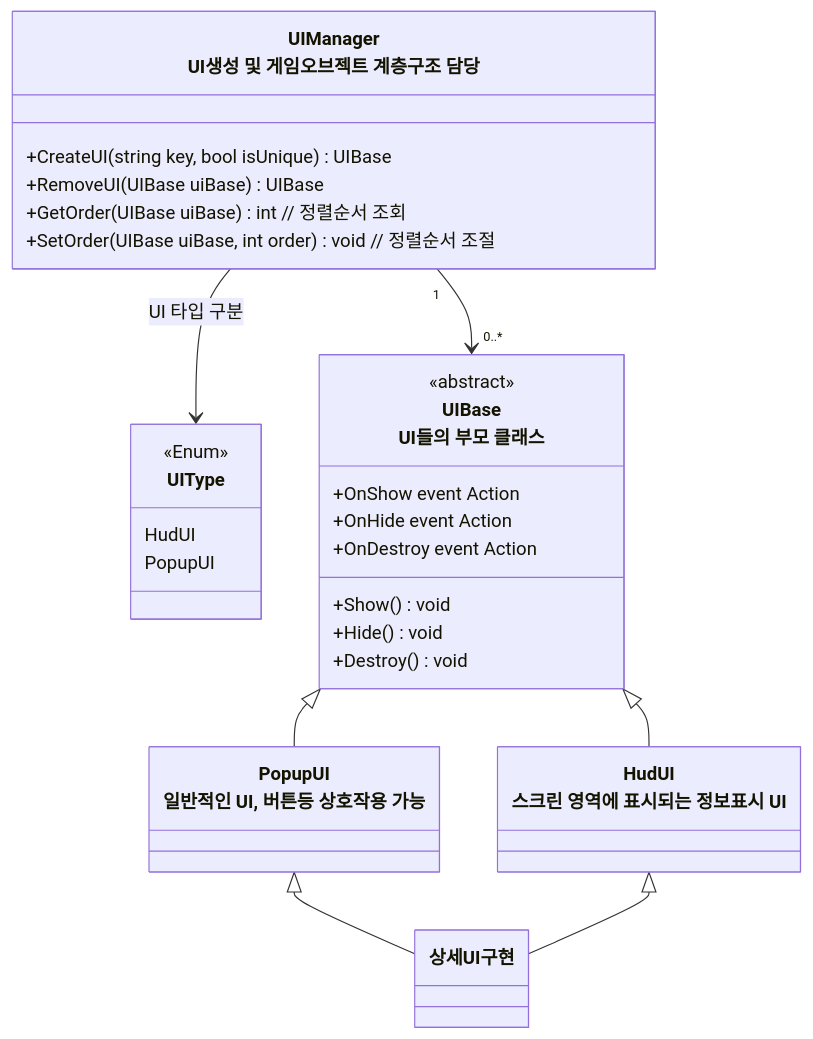
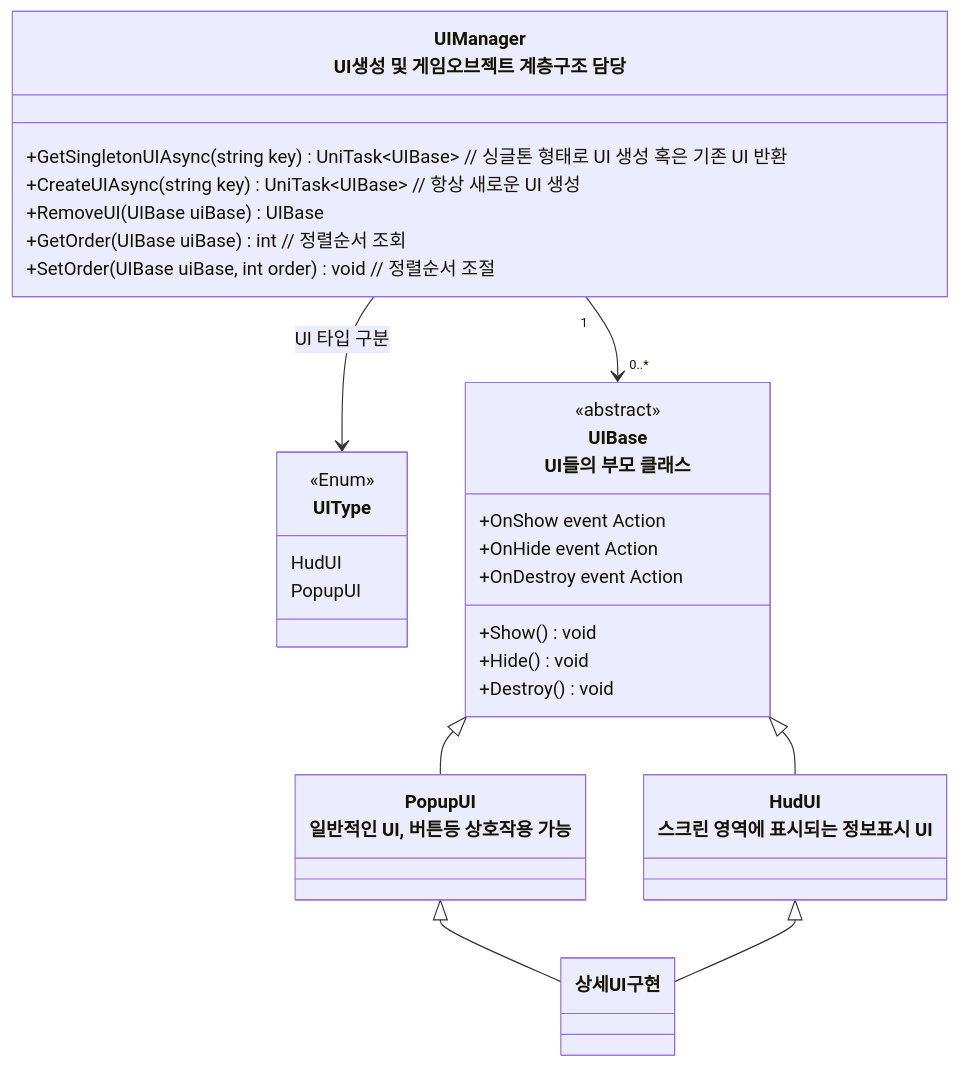
The diagram in README/UI_설계.md (JIN5EOK/DungeonShooter), drawn with Mermaid before and after one commit. The commit also changed other lines of this file and 19 other files, not shown here.

````diff
--- a/README/UI_설계.md
+++ b/README/UI_설계.md
@@ -5,38 +5,39 @@
 ```mermaid
 classDiagram
     class UIType{
         <<Enum>>
         HudUI
         PopupUI
     }
     
     class UIManager["UIManager<br>UI생성 및 게임오브젝트 계층구조 담당"]{
-        +CreateUI(string key, bool isUnique) UIBase
+        +GetSingletonUIAsync(string key) UniTask~UIBase~ // 싱글톤 형태로 UI 생성 혹은 기존 UI 반환
+        +CreateUIAsync(string key) UniTask~UIBase~ // 항상 새로운 UI 생성
         +RemoveUI(UIBase uiBase) UIBase
         +GetOrder(UIBase uiBase) int // 정렬순서 조회
         +SetOrder(UIBase uiBase, int order) void // 정렬순서 조절
     }
     
     class UIBase["UIBase<br>UI들의 부모 클래스"]{
         <<abstract>>
         +OnShow event Action
         +OnHide event Action
         +OnDestroy event Action
         +Show() void
         +Hide() void
         +Destroy() void
     }
     class PopupUI["PopupUI<br>일반적인 UI, 버튼등 상호작용 가능"]{
         
     }
     class HudUI["HudUI<br>스크린 영역에 표시되는 정보표시 UI"]{
 
     }
     
     UIManager --> UIType : UI 타입 구분
     UIManager "1"-->"0..*" UIBase
     UIBase <|-- PopupUI
     UIBase <|-- HudUI
     PopupUI <|-- 상세UI구현
     HudUI<|-- 상세UI구현
 ```
````
